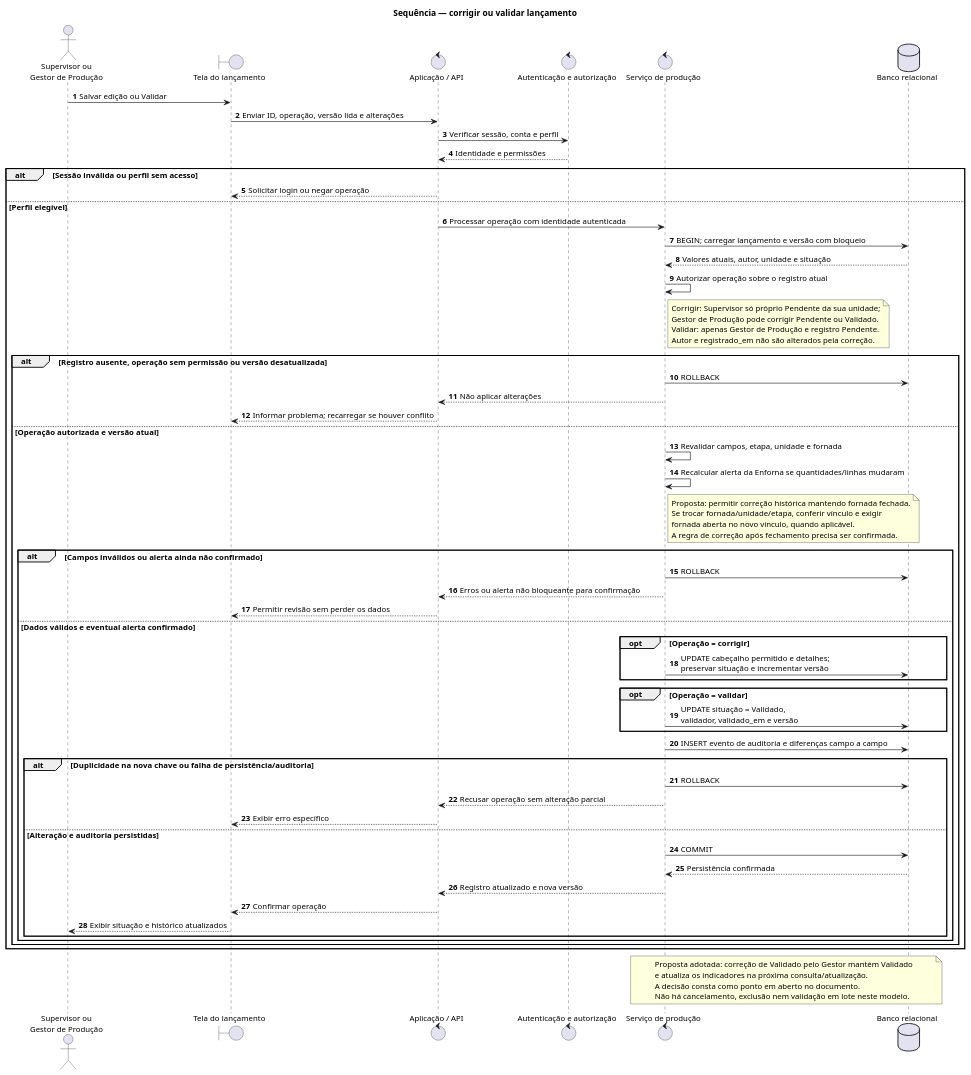
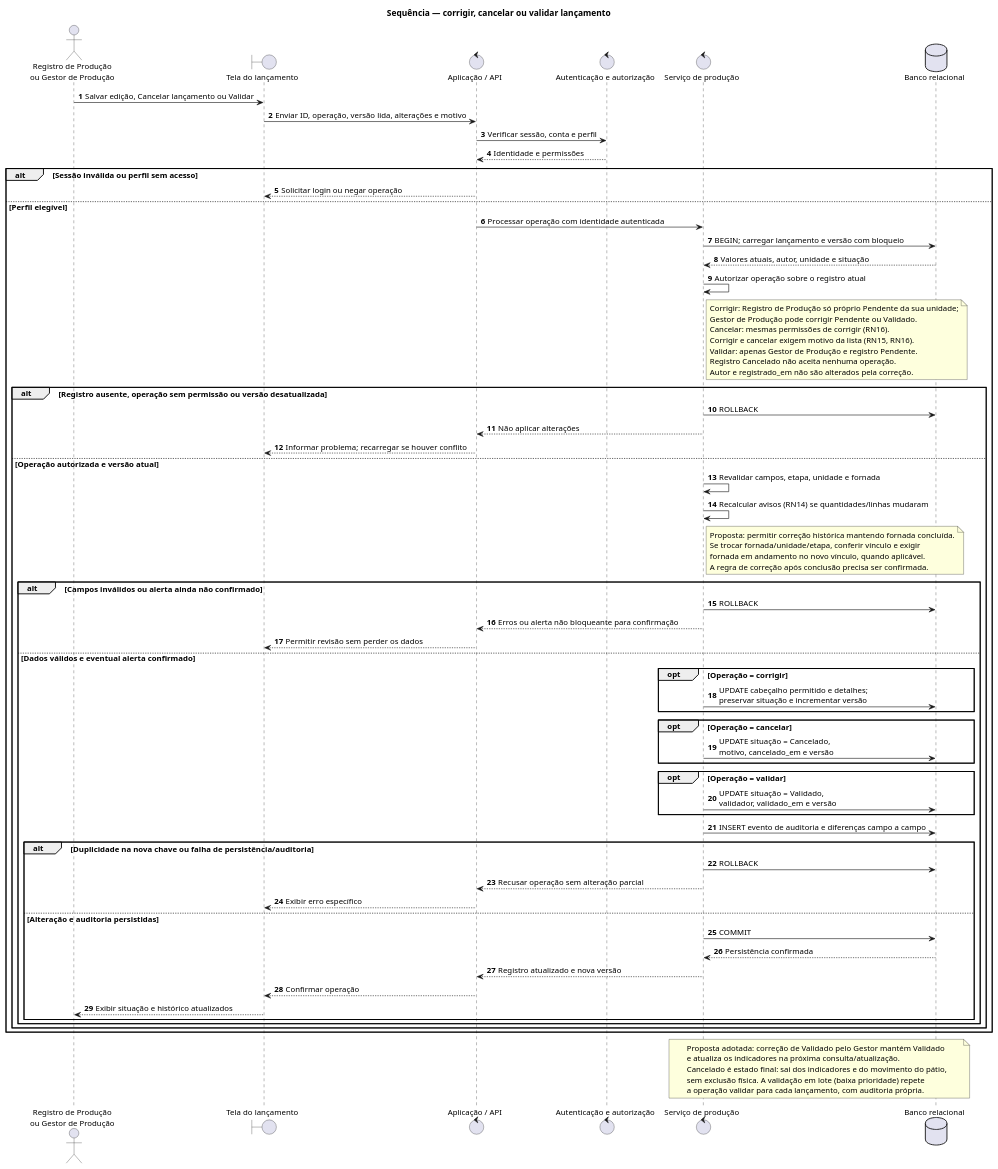
One commit to emilynerys/Projeto-Cer-mica-SOCRE changed the diagram in docs/uml/05_sequencia_corrigir_validar.puml. Above: the diagram before and after it, drawn with PlantUML. The commit also changed 21 other files, not shown here.

First line of the commit message:
Revisa os diagramas UML com o levantamento de outubro/2026

```diff
--- a/docs/uml/05_sequencia_corrigir_validar.puml
+++ b/docs/uml/05_sequencia_corrigir_validar.puml
@@ -1,78 +1,85 @@
 @startuml
 skinparam shadowing false
 skinparam defaultFontName Arial
 skinparam defaultFontSize 13
 autonumber
-title Sequência — corrigir ou validar lançamento
+title Sequência — corrigir, cancelar ou validar lançamento
 
-actor "Supervisor ou\nGestor de Produção" as Usuario
+actor "Registro de Produção\nou Gestor de Produção" as Usuario
 boundary "Tela do lançamento" as Tela
 control "Aplicação / API" as API
 control "Autenticação e autorização" as Acesso
 control "Serviço de produção" as Producao
 database "Banco relacional" as BD
 
-Usuario -> Tela : Salvar edição ou Validar
-Tela -> API : Enviar ID, operação, versão lida e alterações
+Usuario -> Tela : Salvar edição, Cancelar lançamento ou Validar
+Tela -> API : Enviar ID, operação, versão lida, alterações e motivo
 API -> Acesso : Verificar sessão, conta e perfil
 Acesso --> API : Identidade e permissões
 alt Sessão inválida ou perfil sem acesso
   API --> Tela : Solicitar login ou negar operação
 else Perfil elegível
   API -> Producao : Processar operação com identidade autenticada
   Producao -> BD : BEGIN; carregar lançamento e versão com bloqueio
   BD --> Producao : Valores atuais, autor, unidade e situação
   Producao -> Producao : Autorizar operação sobre o registro atual
   note right of Producao
-    Corrigir: Supervisor só próprio Pendente da sua unidade;
+    Corrigir: Registro de Produção só próprio Pendente da sua unidade;
     Gestor de Produção pode corrigir Pendente ou Validado.
+    Cancelar: mesmas permissões de corrigir (RN16).
+    Corrigir e cancelar exigem motivo da lista (RN15, RN16).
     Validar: apenas Gestor de Produção e registro Pendente.
+    Registro Cancelado não aceita nenhuma operação.
     Autor e registrado_em não são alterados pela correção.
   end note
   alt Registro ausente, operação sem permissão ou versão desatualizada
     Producao -> BD : ROLLBACK
     Producao --> API : Não aplicar alterações
     API --> Tela : Informar problema; recarregar se houver conflito
   else Operação autorizada e versão atual
     Producao -> Producao : Revalidar campos, etapa, unidade e fornada
-    Producao -> Producao : Recalcular alerta da Enforna se quantidades/linhas mudaram
+    Producao -> Producao : Recalcular avisos (RN14) se quantidades/linhas mudaram
     note right of Producao
-      Proposta: permitir correção histórica mantendo fornada fechada.
+      Proposta: permitir correção histórica mantendo fornada concluída.
       Se trocar fornada/unidade/etapa, conferir vínculo e exigir
-      fornada aberta no novo vínculo, quando aplicável.
-      A regra de correção após fechamento precisa ser confirmada.
+      fornada em andamento no novo vínculo, quando aplicável.
+      A regra de correção após conclusão precisa ser confirmada.
     end note
     alt Campos inválidos ou alerta ainda não confirmado
       Producao -> BD : ROLLBACK
       Producao --> API : Erros ou alerta não bloqueante para confirmação
       API --> Tela : Permitir revisão sem perder os dados
     else Dados válidos e eventual alerta confirmado
       opt Operação = corrigir
         Producao -> BD : UPDATE cabeçalho permitido e detalhes;\npreservar situação e incrementar versão
+      end
+      opt Operação = cancelar
+        Producao -> BD : UPDATE situação = Cancelado,\nmotivo, cancelado_em e versão
       end
       opt Operação = validar
         Producao -> BD : UPDATE situação = Validado,\nvalidador, validado_em e versão
       end
       Producao -> BD : INSERT evento de auditoria e diferenças campo a campo
       alt Duplicidade na nova chave ou falha de persistência/auditoria
         Producao -> BD : ROLLBACK
         Producao --> API : Recusar operação sem alteração parcial
         API --> Tela : Exibir erro específico
       else Alteração e auditoria persistidas
         Producao -> BD : COMMIT
         BD --> Producao : Persistência confirmada
         Producao --> API : Registro atualizado e nova versão
         API --> Tela : Confirmar operação
         Tela --> Usuario : Exibir situação e histórico atualizados
       end
     end
   end
 end
 
 note over Producao, BD
   Proposta adotada: correção de Validado pelo Gestor mantém Validado
   e atualiza os indicadores na próxima consulta/atualização.
-  A decisão consta como ponto em aberto no documento.
-  Não há cancelamento, exclusão nem validação em lote neste modelo.
+  Cancelado é estado final: sai dos indicadores e do movimento do pátio,
+  sem exclusão física. A validação em lote (baixa prioridade) repete
+  a operação validar para cada lançamento, com auditoria própria.
 end note
 @enduml
```
